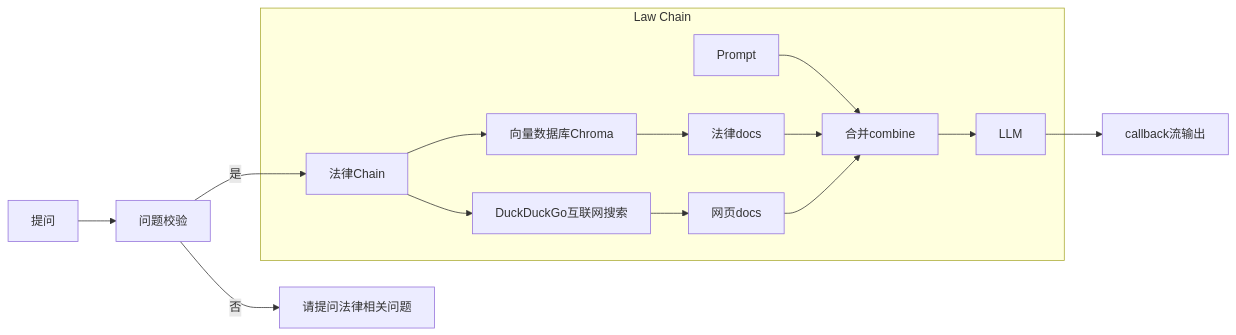
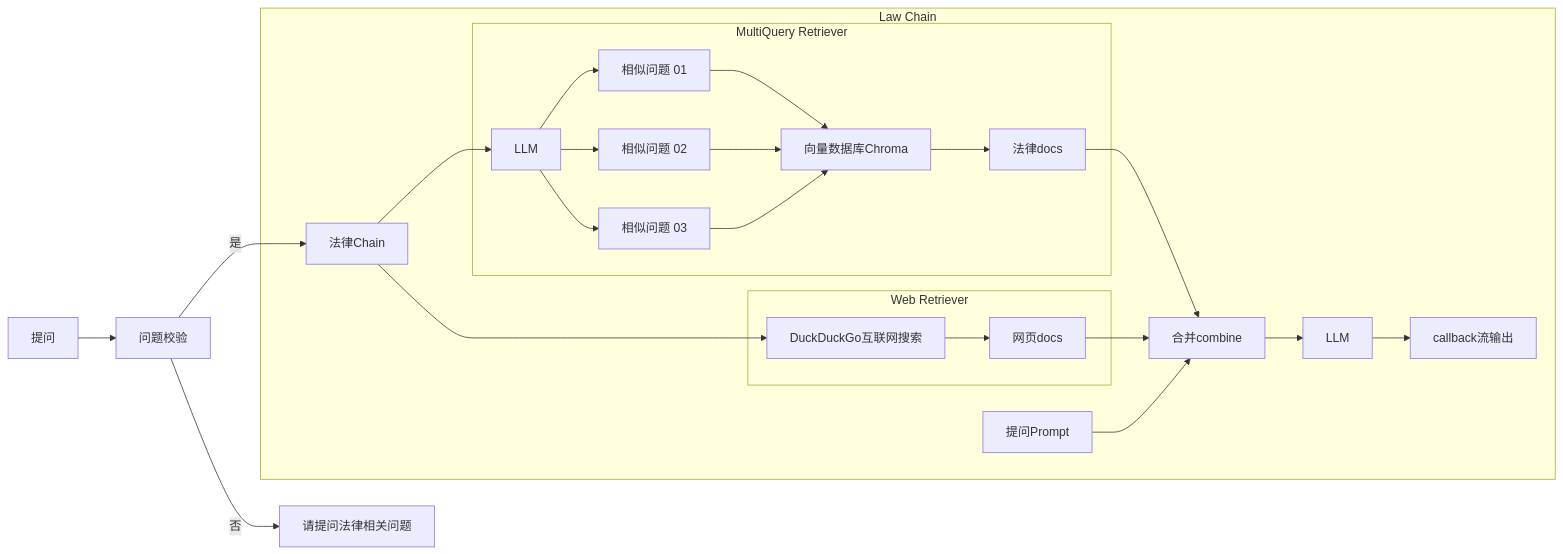
Before and after one commit to billvsme/law_ai: the second of 2 diagrams in README.md, drawn with Mermaid.

````diff
--- a/README.md
+++ b/README.md
@@ -37,17 +37,27 @@
 ```mermaid
 flowchart LR
     A[提问] --> B[问题校验];
     B -- 否 --> C1[请提问法律相关问题]
-    B -- 是 --> C[法律Chain];
-    subgraph Law Chain
-    C --> D[向量数据库Chroma];
-    C --> E[DuckDuckGo互联网搜索];
-    D --> F[法律docs]
-    E --> G[网页docs]
-    G1[Prompt] --> H[合并combine]
-    F --> H
-    G --> H
-    H --> I[LLM]
+    B -- 是 --> C2[法律Chain];
+    subgraph Law Chain 
+    C2 --> D[LLM]
+    subgraph MultiQuery Retriever
+    D --> E1[相似问题 01]
+    D --> E2[相似问题 02]
+    D --> E3[相似问题 03]
+    E1 --> F[向量数据库Chroma]
+    E2 --> F
+    E3 --> F
+    F --> H[法律docs]
     end
-    I --> J[callback流输出]
+    C2 --> G[DuckDuckGo互联网搜索]
+    subgraph Web Retriever
+    G --> I[网页docs]
+    end
+    H --> K[合并combine]
+    I --> K
+    J[提问Prompt] --> K
+    K --> L[LLM]
+    L --> M[callback流输出]
+    end
 ```
````
